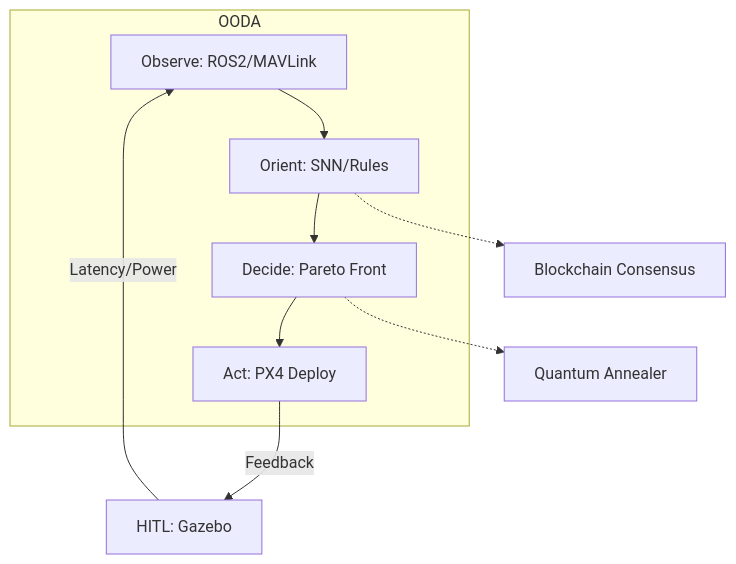
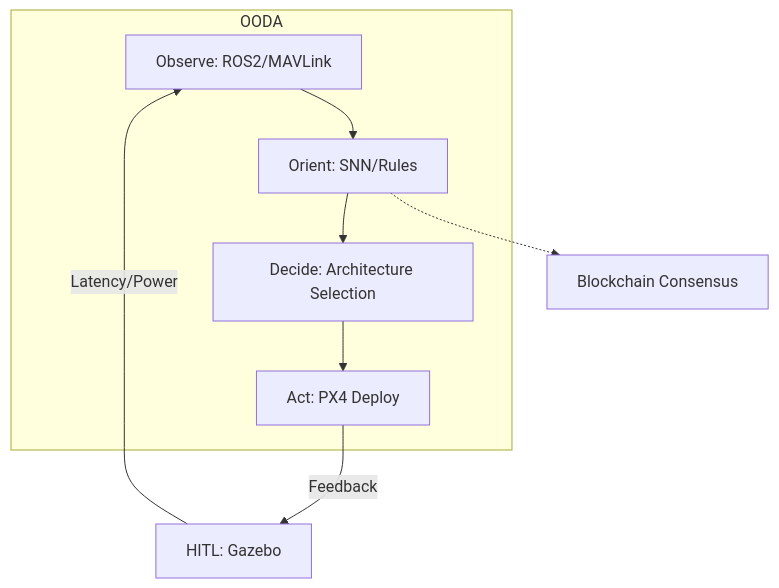
Before and after one commit to vriesz/fuse: the diagram in monography.md, drawn with Mermaid. The commit also changed other lines of this file, not shown here.

````diff
--- a/monography.md
+++ b/monography.md
@@ -53,12 +50,11 @@
 ```mermaid  
 flowchart TB  
     subgraph OODA  
         O[Observe: ROS2/MAVLink] --> R[Orient: SNN/Rules]  
-        R --> D[Decide: Pareto Front]  
+        R --> D[Decide: Architecture Selection]  
         D --> A[Act: PX4 Deploy]  
     end  
     A -->|Feedback| HITL[HITL: Gazebo]  
     HITL -->|Latency/Power| O  
-    D -.-> Q[Quantum Annealer]  
     R -.-> B[Blockchain Consensus]  
 ```  
````
